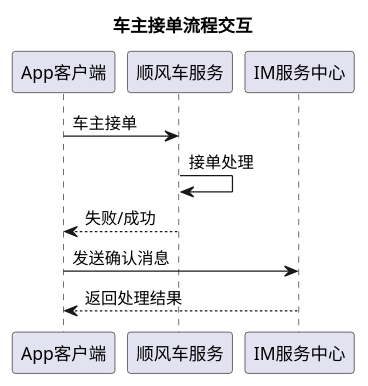
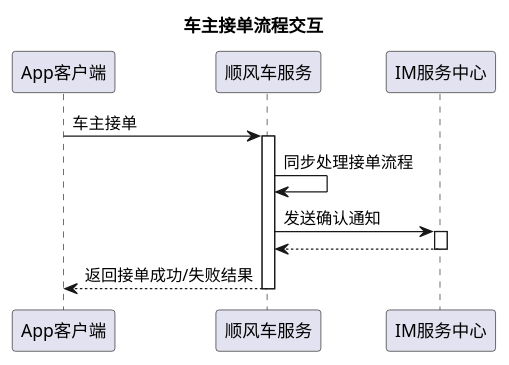
Before and after one commit to zdpwilliam/notes: the diagram in projects/uml/行程邀请im交互_接单.puml, drawn with PlantUML. The commit also changed 1 other file, not shown here.

```diff
--- a/projects/uml/行程邀请im交互_接单.puml
+++ b/projects/uml/行程邀请im交互_接单.puml
@@ -1,11 +1,16 @@
 @startuml
 title: 车主接单流程交互
 
 App客户端 -> 顺风车服务: 车主接单
+activate 顺风车服务
 
-顺风车服务 -> 顺风车服务: 接单处理
-App客户端 <-- 顺风车服务: 失败/成功
+顺风车服务 -> 顺风车服务: 同步处理接单流程
+顺风车服务 -> IM服务中心: 发送确认通知
+activate IM服务中心
 
-App客户端 -> IM服务中心: 发送确认消息
-IM服务中心 --> App客户端: 返回处理结果
+IM服务中心 --> 顺风车服务:
+deactivate IM服务中心
+
+App客户端 <-- 顺风车服务: 返回接单成功/失败结果
+deactivate 顺风车服务
 @enduml
```
